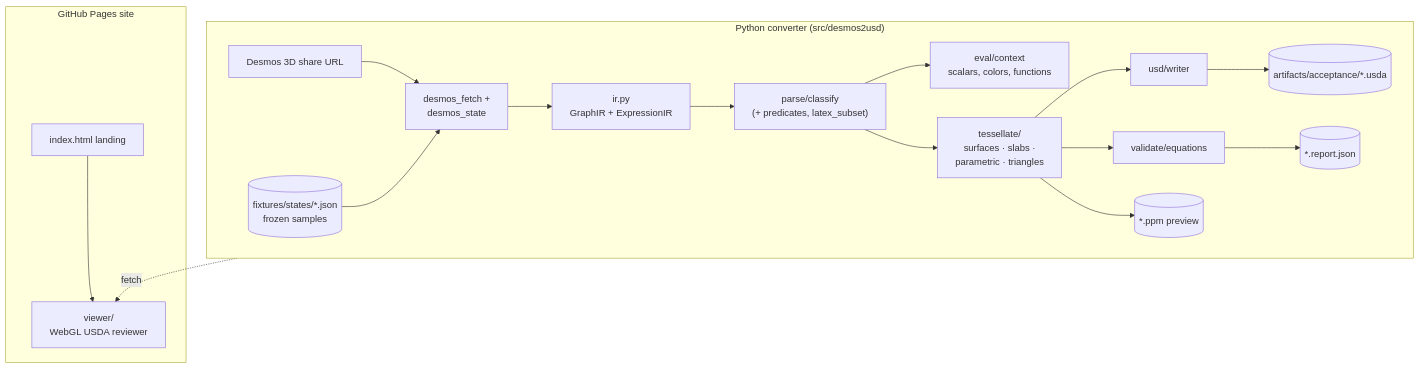
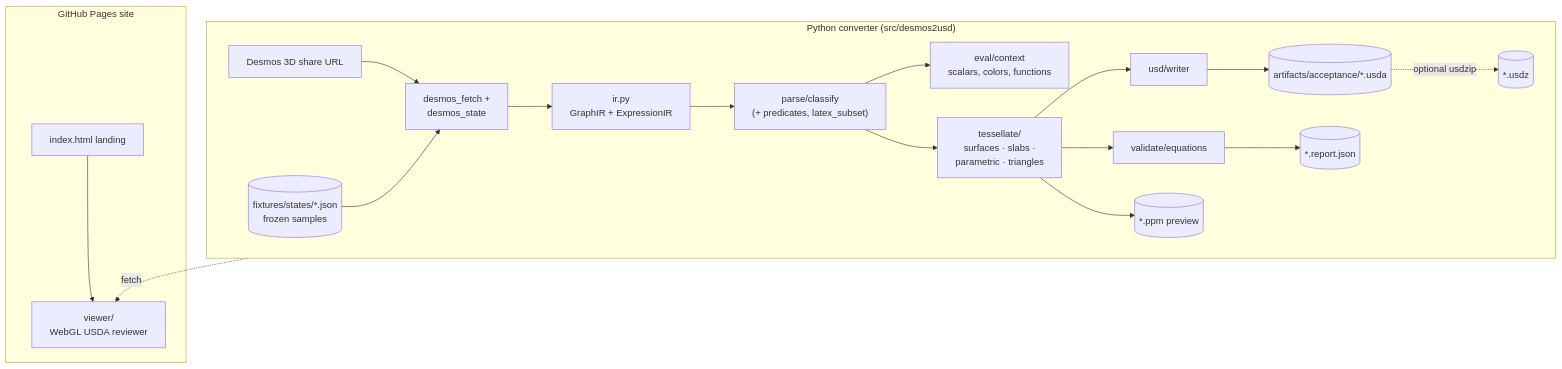
One commit to careylzh/desmos2usd changed the diagram in README.md. Above: the diagram before and after it, drawn with Mermaid. The commit also changed other lines of this file and 6 other files, not shown here.

Commit message:
Add optional USDZ export and ARKit validation

````diff
--- a/README.md
+++ b/README.md
@@ -13,23 +13,24 @@
 ```mermaid
 flowchart TB
     subgraph Converter["Python converter (src/desmos2usd)"]
         direction LR
         URL["Desmos 3D share URL"] --> FETCH["desmos_fetch +<br/>desmos_state"]
         FIX[("fixtures/states/*.json<br/>frozen samples")] --> FETCH
         FETCH --> IR["ir.py<br/>GraphIR + ExpressionIR"]
         IR --> CLS["parse/classify<br/>(+ predicates, latex_subset)"]
         CLS --> CTX["eval/context<br/>scalars, colors, functions"]
         CLS --> TESS["tessellate/<br/>surfaces · slabs ·<br/>parametric · triangles"]
         TESS --> WRITER["usd/writer"]
         TESS --> VAL["validate/equations"]
         WRITER --> USDA[("artifacts/acceptance/*.usda")]
+        USDA -. optional usdzip .-> USDZ[("*.usdz")]
         VAL --> REP[("*.report.json")]
         TESS --> PPM[("*.ppm preview")]
     end
     subgraph Pages["GitHub Pages site"]
         LAND["index.html landing"]
         VIEW["viewer/<br/>WebGL USDA reviewer"]
     end
     USDA -. fetch .-> VIEW
     LAND --> VIEW
 ```
````
